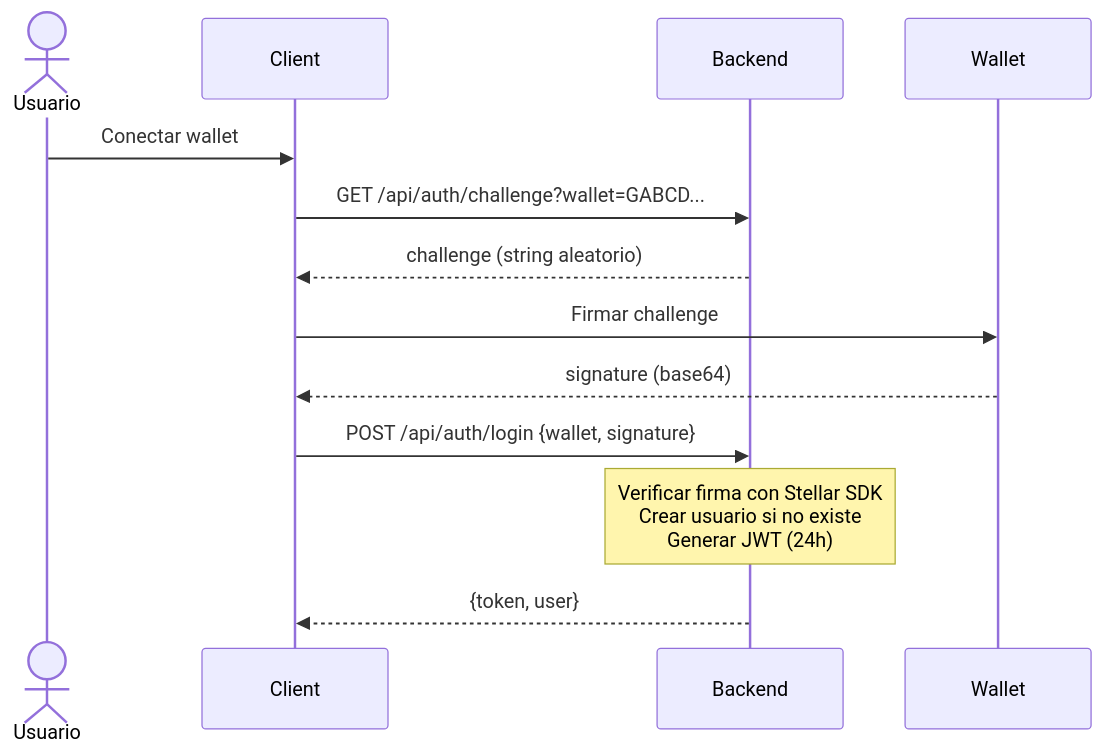
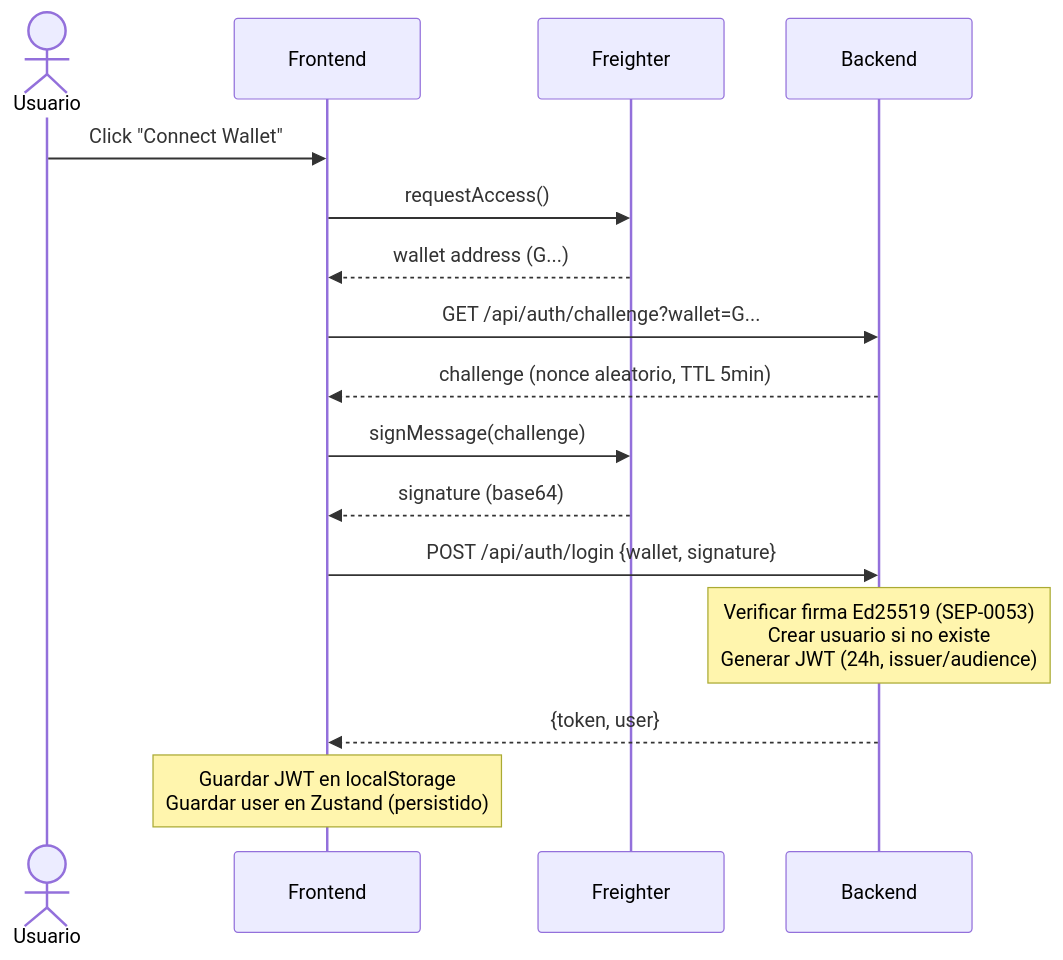
The third of 12 diagrams in ARCHITECTURE.md (CoKeFish/Impacta-Bootcamp), drawn with Mermaid before and after one commit. The commit also changed other lines of this file and 4 other files, not shown here.

````diff
--- a/ARCHITECTURE.md
+++ b/ARCHITECTURE.md
@@ -142,15 +199,18 @@
 ```mermaid
 sequenceDiagram
     actor U as Usuario
-    participant Client as Client
+    participant FE as Frontend
+    participant FW as Freighter
     participant BE as Backend
-    participant W as Wallet
-    U ->> Client: Conectar wallet
-    Client ->> BE: GET /api/auth/challenge?wallet=GABCD...
-    BE -->> Client: challenge (string aleatorio)
-    Client ->> W: Firmar challenge
-    W -->> Client: signature (base64)
-    Client ->> BE: POST /api/auth/login {wallet, signature}
-    Note over BE: Verificar firma con Stellar SDK<br/>Crear usuario si no existe<br/>Generar JWT (24h)
-    BE -->> Client: {token, user}
+    U ->> FE: Click "Connect Wallet"
+    FE ->> FW: requestAccess()
+    FW -->> FE: wallet address (G...)
+    FE ->> BE: GET /api/auth/challenge?wallet=G...
+    BE -->> FE: challenge (nonce aleatorio, TTL 5min)
+    FE ->> FW: signMessage(challenge)
+    FW -->> FE: signature (base64)
+    FE ->> BE: POST /api/auth/login {wallet, signature}
+    Note over BE: Verificar firma Ed25519 (SEP-0053)<br/>Crear usuario si no existe<br/>Generar JWT (24h, issuer/audience)
+    BE -->> FE: {token, user}
+    Note over FE: Guardar JWT en localStorage<br/>Guardar user en Zustand (persistido)
 ```
````
